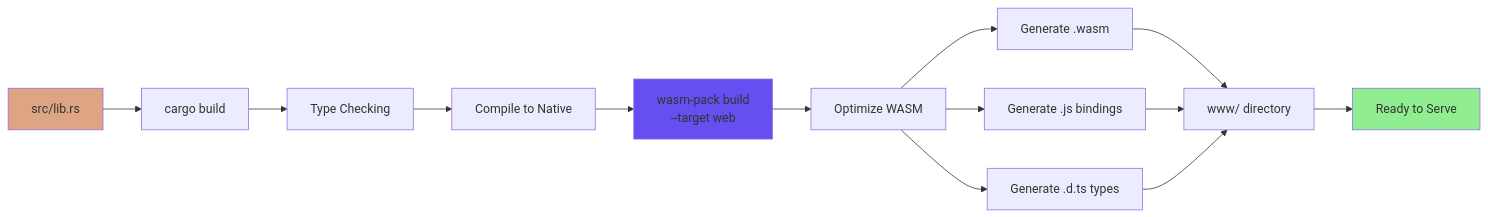
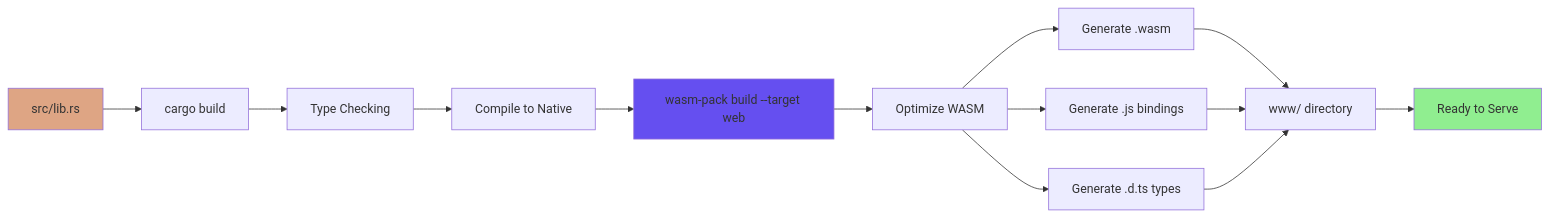
The first of 4 diagrams in wiki/Build-and-Development.md (softwarewrighter/shut_the_box), drawn with Mermaid before and after one commit. The commit also changed other lines of this file and 5 other files, not shown here.

````diff
--- a/wiki/Build-and-Development.md
+++ b/wiki/Build-and-Development.md
@@ -42,22 +42,22 @@
 ```mermaid
 flowchart LR
     SRC[src/lib.rs] --> CARGO[cargo build]
     CARGO --> CHECK[Type Checking]
     CHECK --> COMPILE[Compile to Native]
-    COMPILE --> WASM_PACK[wasm-pack build<br/>--target web]
+    COMPILE --> WASM_PACK[wasm-pack build --target web]
 
     WASM_PACK --> OPT[Optimize WASM]
     OPT --> GEN_WASM[Generate .wasm]
     OPT --> GEN_JS[Generate .js bindings]
     OPT --> GEN_TS[Generate .d.ts types]
 
     GEN_WASM --> WWW[www/ directory]
     GEN_JS --> WWW
     GEN_TS --> WWW
 
     WWW --> READY[Ready to Serve]
 
     style SRC fill:#dea584
     style WASM_PACK fill:#654ff0
     style READY fill:#90ee90
 ```
````
